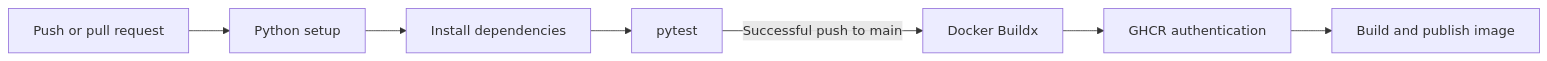
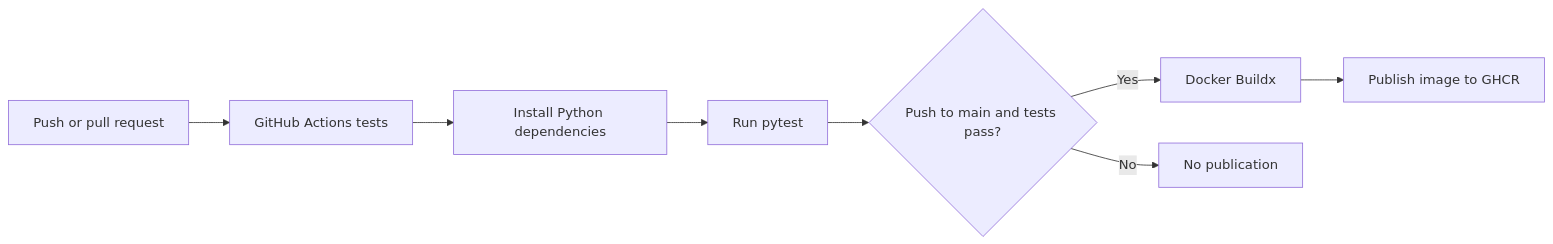
One commit to HAIBALLA1/FareAudit-ai changed the fifth of 5 diagrams in README.md. Above: the diagram before and after it, drawn with Mermaid. The commit also changed other lines of this file and 15 other files, not shown here.

````diff
--- a/README.md
+++ b/README.md
@@ -347,9 +365,10 @@
 ```mermaid
 flowchart LR
-    A[Push or pull request] --> B[Python setup]
-    B --> C[Install dependencies]
-    C --> D[pytest]
-    D -->|Successful push to main| E[Docker Buildx]
-    E --> F[GHCR authentication]
-    F --> G[Build and publish image]
+    A[Push or pull request] --> B[GitHub Actions tests]
+    B --> C[Install Python dependencies]
+    C --> D[Run pytest]
+    D --> E{Push to main and tests pass?}
+    E -->|Yes| F[Docker Buildx]
+    F --> G[Publish image to GHCR]
+    E -->|No| H[No publication]
 ```
````
